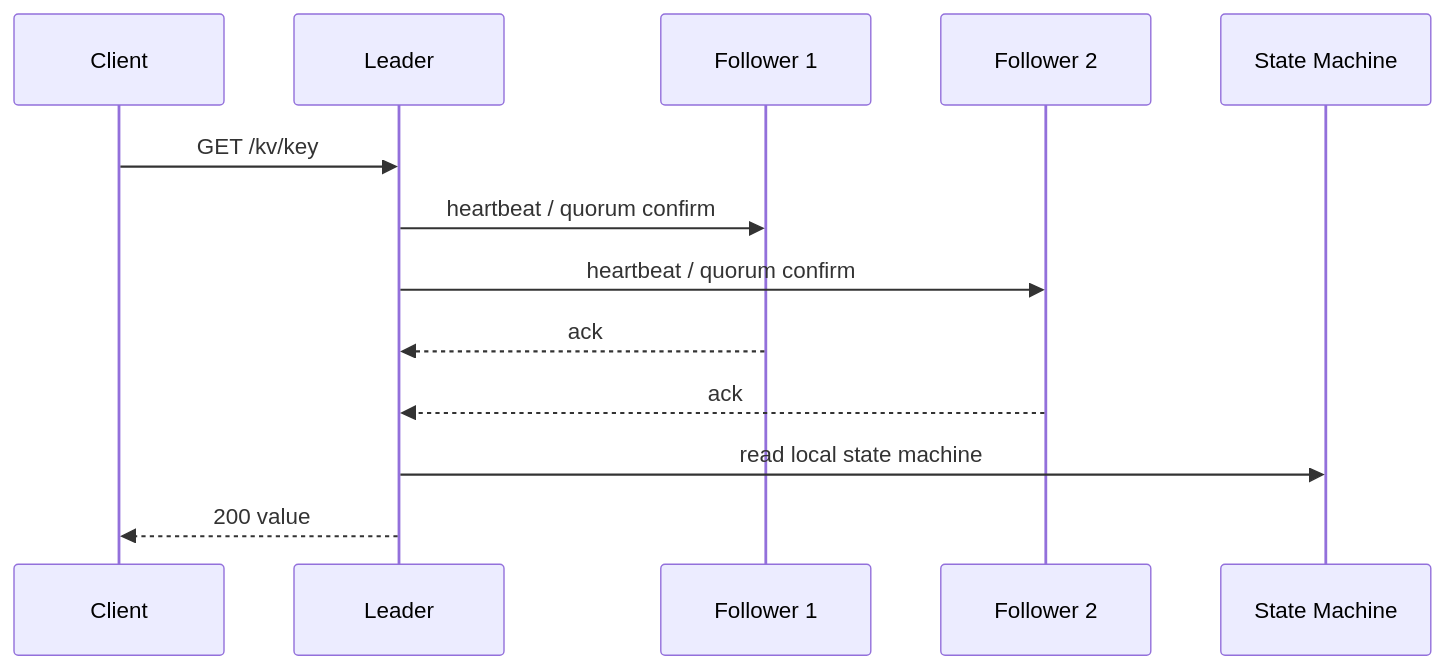
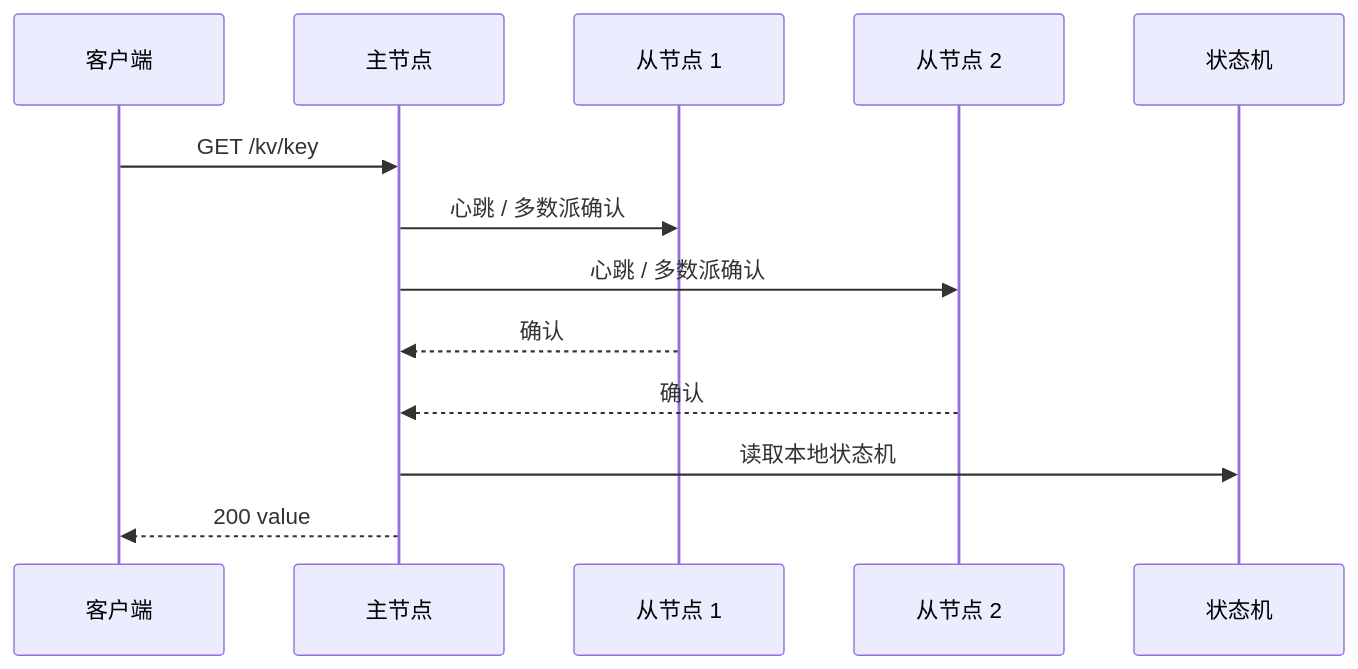
Before and after one commit to wjg12345678/distributed-kv: the third of 4 diagrams in docs/architecture.md, drawn with Mermaid. The commit also changed other lines of this file and 10 other files, not shown here.

````diff
--- a/docs/architecture.md
+++ b/docs/architecture.md
@@ -86,16 +86,16 @@
 ```mermaid
 sequenceDiagram
-  participant C as Client
-  participant L as Leader
-  participant F1 as Follower 1
-  participant F2 as Follower 2
-  participant SM as State Machine
+  participant C as 客户端
+  participant L as 主节点
+  participant F1 as 从节点 1
+  participant F2 as 从节点 2
+  participant SM as 状态机
 
   C->>L: GET /kv/key
-  L->>F1: heartbeat / quorum confirm
-  L->>F2: heartbeat / quorum confirm
-  F1-->>L: ack
-  F2-->>L: ack
-  L->>SM: read local state machine
+  L->>F1: 心跳 / 多数派确认
+  L->>F2: 心跳 / 多数派确认
+  F1-->>L: 确认
+  F2-->>L: 确认
+  L->>SM: 读取本地状态机
   L-->>C: 200 value
 ```
````
